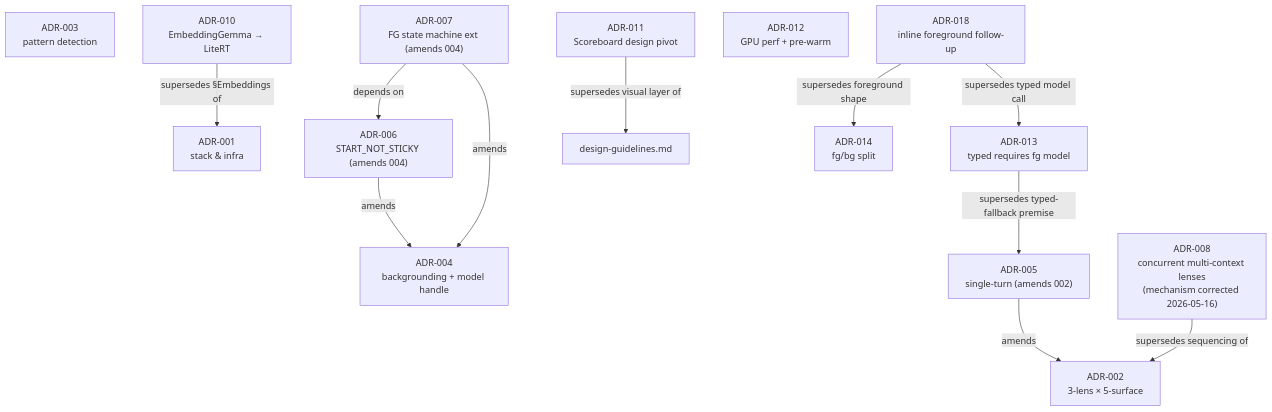
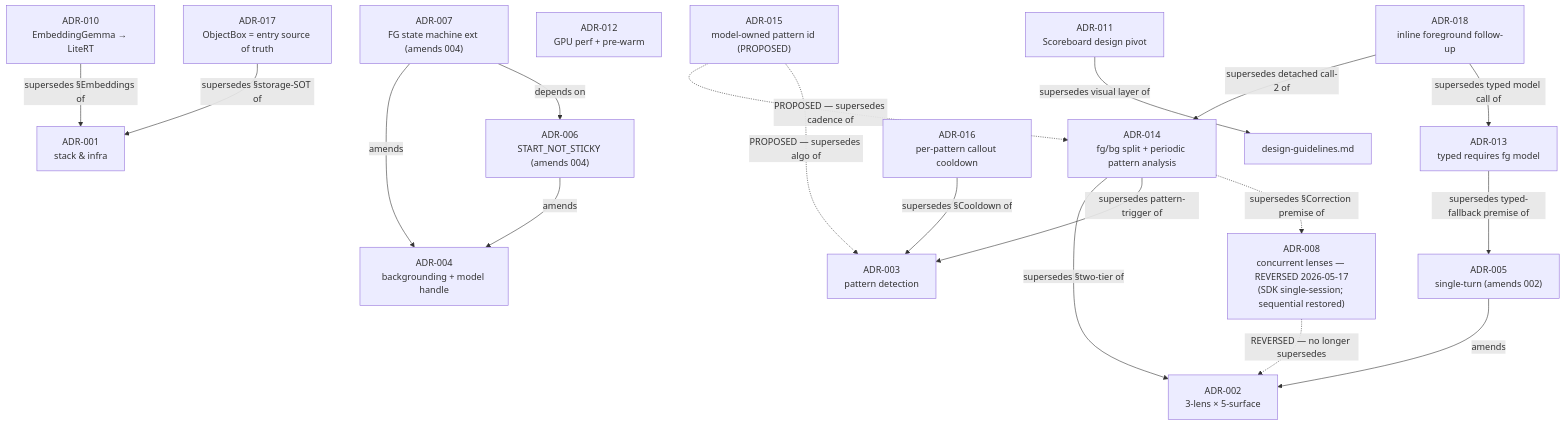
The first of 10 diagrams in docs/diagrams/adr-decisions.md (anchildress1/vestige), drawn with Mermaid before and after one commit. The commit also changed other lines of this file and 19 other files, not shown here.

First line of the commit message:
docs: align diagram atlas, stories, README & spec docs to implementation (#62)

````diff
--- a/docs/diagrams/adr-decisions.md
+++ b/docs/diagrams/adr-decisions.md
@@ -12,30 +18,41 @@
 ```mermaid
 flowchart TD
     accTitle: ADR supersession and amendment relationships
-    accDescr: ADR-006 and ADR-007 amend ADR-004. ADR-005 amends ADR-002. ADR-008 supersedes ADR-002's sequencing with concurrent multi-context; its mechanism was corrected 2026-05-16 (Engine.createSession/createConversation, not Session.clone); v1 ships sequential pending measurement. The interim ADR-009 was deleted as a mistake and is not in the graph. ADR-010 supersedes ADR-001's embeddings section. ADR-011 supersedes the design-guidelines visual layer only. ADR-013 supersedes the model-free typed-fallback premise. ADR-018 keeps voice follow-up inline with the foreground transcription call.
+    accDescr: ADR-006 and ADR-007 amend ADR-004; ADR-007 depends on ADR-006. ADR-005 amends ADR-002. ADR-008's concurrent-multi-context decision is reversed by its 2026-05-17 addendum and no longer supersedes ADR-002 — sequential 3-lens is restored. The interim ADR-009 was deleted as a mistake and is not in the graph. ADR-010 supersedes ADR-001's embeddings section; ADR-017 supersedes ADR-001's storage source-of-truth clause. ADR-011 supersedes the design-guidelines visual layer only. ADR-014 supersedes ADR-002's two-tier section, ADR-003's pattern-detection trigger, and ADR-008's correction premise. ADR-016 supersedes ADR-003's global cooldown with a per-pattern one. ADR-013 supersedes the ADR-005-era typed-fallback premise. ADR-018 supersedes ADR-014's detached follow-up call and ADR-013's typed model call. ADR-015 is Proposed and supersedes ADR-014's pattern cadence and ADR-003's detection algorithm once built.
 
     A001["ADR-001<br/>stack & infra"]
     A002["ADR-002<br/>3-lens × 5-surface"]
     A003["ADR-003<br/>pattern detection"]
     A004["ADR-004<br/>backgrounding + model handle"]
     A005["ADR-005<br/>single-turn (amends 002)"]
     A006["ADR-006<br/>START_NOT_STICKY (amends 004)"]
     A007["ADR-007<br/>FG state machine ext (amends 004)"]
-    A008["ADR-008<br/>concurrent multi-context lenses<br/>(mechanism corrected 2026-05-16)"]
+    A008["ADR-008<br/>concurrent lenses — REVERSED 2026-05-17<br/>(SDK single-session; sequential restored)"]
     A010["ADR-010<br/>EmbeddingGemma → LiteRT"]
     A011["ADR-011<br/>Scoreboard design pivot"]
     A012["ADR-012<br/>GPU perf + pre-warm"]
     A013["ADR-013<br/>typed requires fg model"]
+    A014["ADR-014<br/>fg/bg split + periodic pattern analysis"]
+    A015["ADR-015<br/>model-owned pattern id (PROPOSED)"]
+    A016["ADR-016<br/>per-pattern callout cooldown"]
+    A017["ADR-017<br/>ObjectBox = entry source of truth"]
     A018["ADR-018<br/>inline foreground follow-up"]
 
     A005 -- amends --> A002
     A006 -- amends --> A004
     A007 -- amends --> A004
     A007 -- depends on --> A006
-    A008 -- supersedes sequencing of --> A002
+    A008 -. "REVERSED — no longer supersedes" .-> A002
     A010 -- supersedes §Embeddings of --> A001
+    A017 -- supersedes §storage-SOT of --> A001
     A011 -- supersedes visual layer of --> Design["design-guidelines.md"]
-    A013 -- supersedes typed-fallback premise --> A005
-    A018 -- supersedes foreground shape --> A014["ADR-014<br/>fg/bg split"]
-    A018 -- supersedes typed model call --> A013
+    A013 -- supersedes typed-fallback premise of --> A005
+    A014 -- supersedes §two-tier of --> A002
+    A014 -- supersedes pattern-trigger of --> A003
+    A014 -. supersedes §Correction premise of .-> A008
+    A016 -- supersedes §Cooldown of --> A003
+    A018 -- supersedes detached call-2 of --> A014
+    A018 -- supersedes typed model call of --> A013
+    A015 -. "PROPOSED — supersedes cadence of" .-> A014
+    A015 -. "PROPOSED — supersedes algo of" .-> A003
 ```
````
